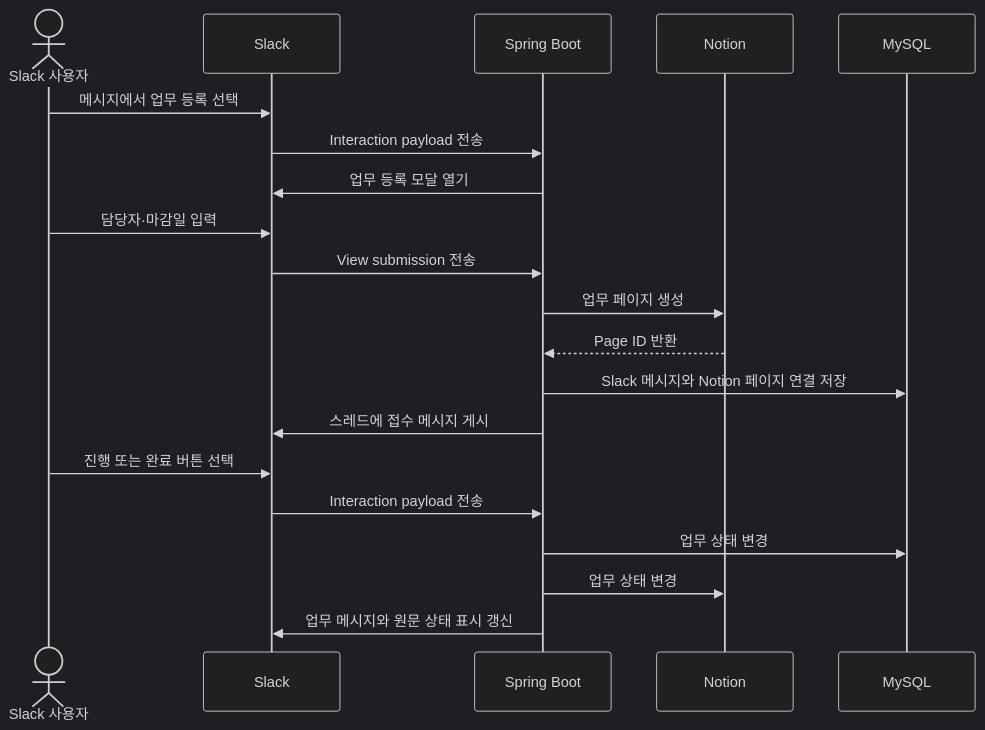
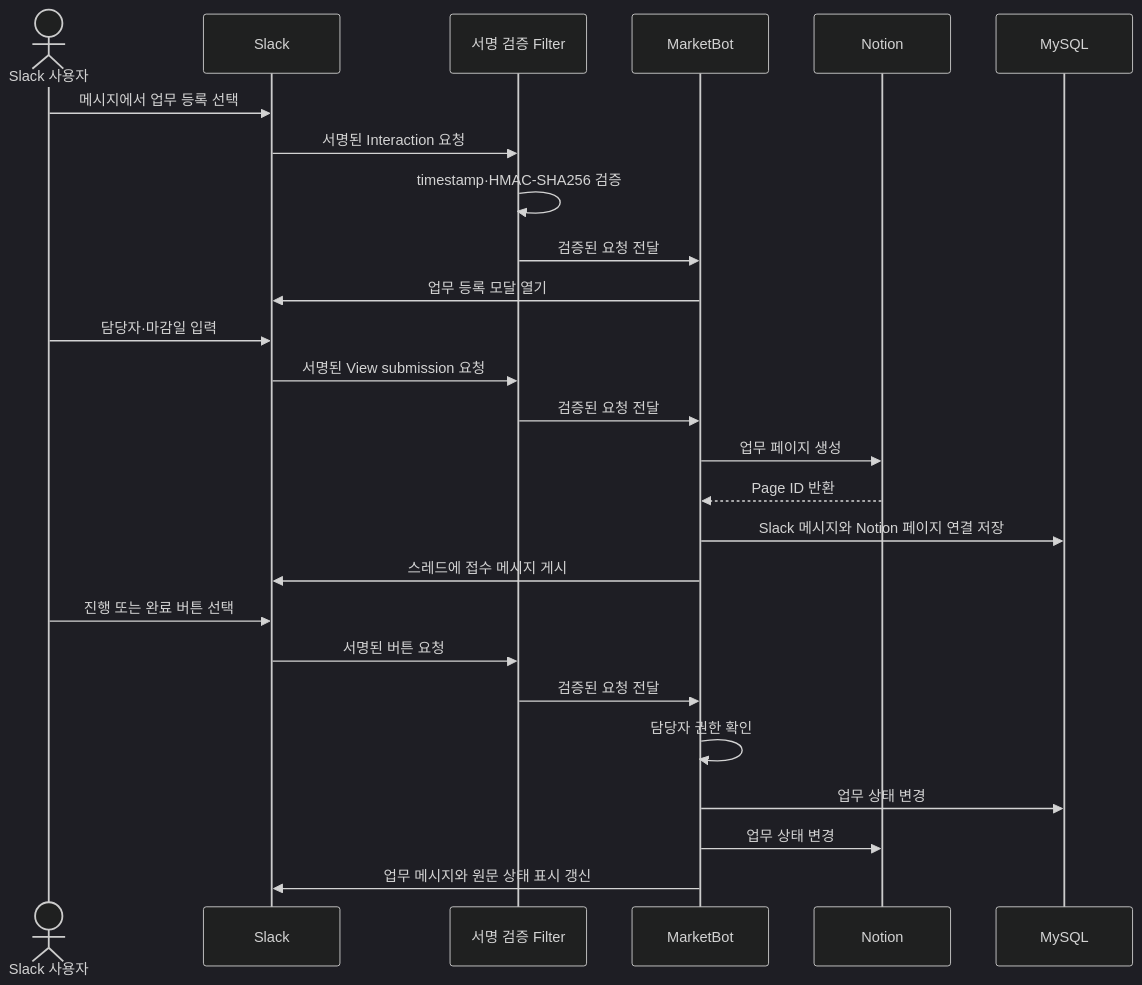
The first of 2 diagrams in README.md (yunjh99/WorkTrace), drawn with Mermaid (dark theme) before and after one commit. The commit also changed other lines of this file and 3 other files, not shown here.

````diff
--- a/README.md
+++ b/README.md
@@ -68,23 +68,29 @@
 ```mermaid
 sequenceDiagram
     actor User as Slack 사용자
     participant Slack
-    participant App as Spring Boot
+    participant Filter as 서명 검증 Filter
+    participant App as MarketBot
     participant Notion
     participant DB as MySQL
 
     User->>Slack: 메시지에서 업무 등록 선택
-    Slack->>App: Interaction payload 전송
+    Slack->>Filter: 서명된 Interaction 요청
+    Filter->>Filter: timestamp·HMAC-SHA256 검증
+    Filter->>App: 검증된 요청 전달
     App->>Slack: 업무 등록 모달 열기
     User->>Slack: 담당자·마감일 입력
-    Slack->>App: View submission 전송
+    Slack->>Filter: 서명된 View submission 요청
+    Filter->>App: 검증된 요청 전달
     App->>Notion: 업무 페이지 생성
     Notion-->>App: Page ID 반환
     App->>DB: Slack 메시지와 Notion 페이지 연결 저장
     App->>Slack: 스레드에 접수 메시지 게시
     User->>Slack: 진행 또는 완료 버튼 선택
-    Slack->>App: Interaction payload 전송
+    Slack->>Filter: 서명된 버튼 요청
+    Filter->>App: 검증된 요청 전달
+    App->>App: 담당자 권한 확인
     App->>DB: 업무 상태 변경
     App->>Notion: 업무 상태 변경
     App->>Slack: 업무 메시지와 원문 상태 표시 갱신
 ```
````
